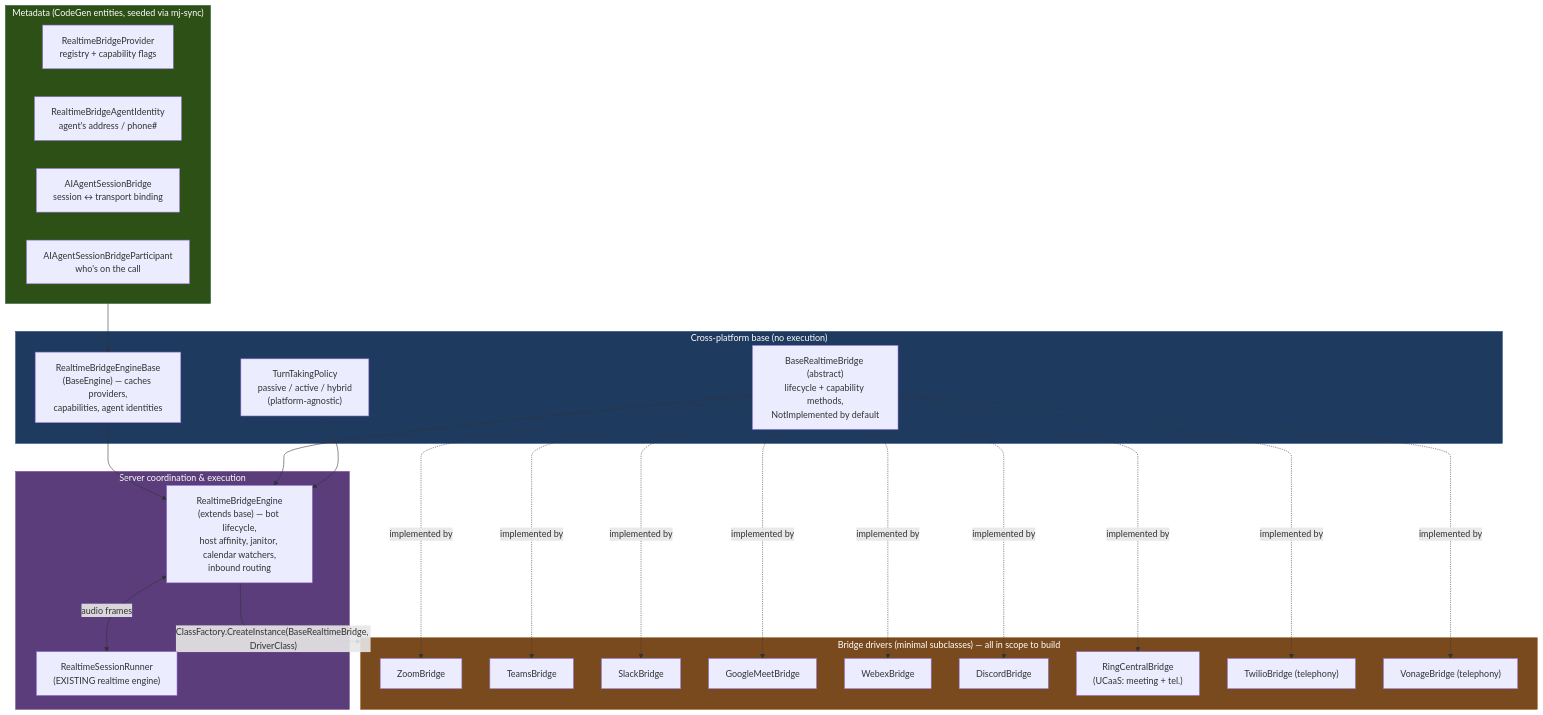
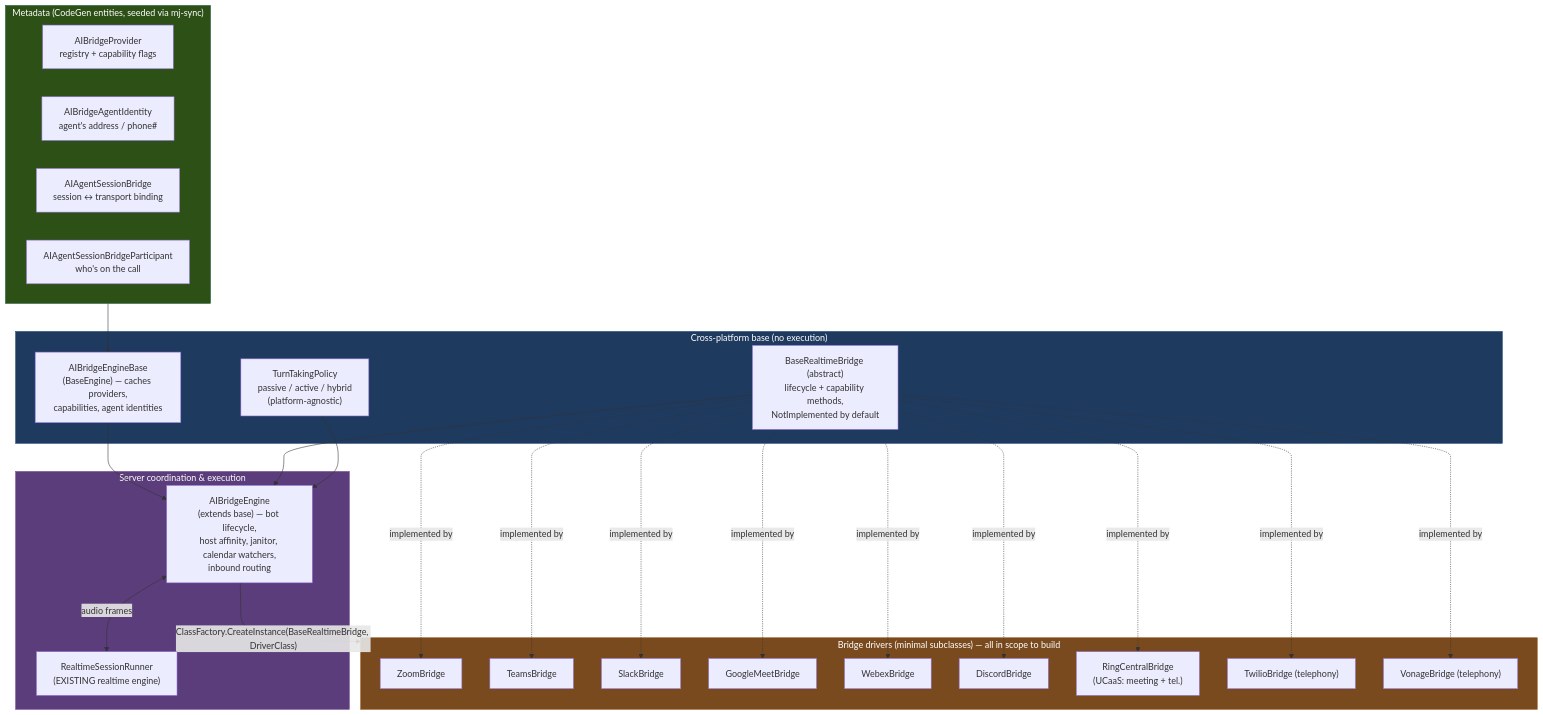
Before and after one commit to MemberJunction/MJ: the second of 11 diagrams in plans/realtime/realtime-bridges-architecture.md, drawn with Mermaid. The commit also changed other lines of this file and 1 other file, not shown here.

First line of the commit message:
refactor(realtime-bridges): table + engine names use the AI family prefix

````diff
--- a/plans/realtime/realtime-bridges-architecture.md
+++ b/plans/realtime/realtime-bridges-architecture.md
@@ -80,45 +80,45 @@
 ```mermaid
 graph TD
     subgraph Meta["Metadata (CodeGen entities, seeded via mj-sync)"]
-        P["RealtimeBridgeProvider<br/>registry + capability flags"]
-        ID["RealtimeBridgeAgentIdentity<br/>agent's address / phone#"]
+        P["AIBridgeProvider<br/>registry + capability flags"]
+        ID["AIBridgeAgentIdentity<br/>agent's address / phone#"]
         SB["AIAgentSessionBridge<br/>session ↔ transport binding"]
         PART["AIAgentSessionBridgeParticipant<br/>who's on the call"]
     end
 
     subgraph Base["Cross-platform base (no execution)"]
-        EB["RealtimeBridgeEngineBase<br/>(BaseEngine) — caches providers,<br/>capabilities, agent identities"]
+        EB["AIBridgeEngineBase<br/>(BaseEngine) — caches providers,<br/>capabilities, agent identities"]
         BBP["BaseRealtimeBridge (abstract)<br/>lifecycle + capability methods,<br/>NotImplemented by default"]
         TT["TurnTakingPolicy<br/>passive / active / hybrid<br/>(platform-agnostic)"]
     end
 
     subgraph Server["Server coordination & execution"]
-        ENG["RealtimeBridgeEngine<br/>(extends base) — bot lifecycle,<br/>host affinity, janitor, calendar watchers,<br/>inbound routing"]
+        ENG["AIBridgeEngine<br/>(extends base) — bot lifecycle,<br/>host affinity, janitor, calendar watchers,<br/>inbound routing"]
         RUN["RealtimeSessionRunner<br/>(EXISTING realtime engine)"]
     end
 
     subgraph Drivers["Bridge drivers (minimal subclasses) — all in scope to build"]
         ZOOM["ZoomBridge"]
         TEAMS["TeamsBridge"]
         SLACK["SlackBridge"]
         MEET["GoogleMeetBridge"]
         WEBEX["WebexBridge"]
         DISCORD["DiscordBridge"]
         RING["RingCentralBridge<br/>(UCaaS: meeting + tel.)"]
         TWILIO["TwilioBridge (telephony)"]
         VONAGE["VonageBridge (telephony)"]
     end
 
     Meta --> EB
     EB --> ENG
     BBP --> ENG
     TT --> ENG
     ENG <-->|"audio frames"| RUN
     BBP -.implemented by.-> ZOOM & TEAMS & SLACK & MEET & WEBEX & DISCORD & RING & TWILIO & VONAGE
     ENG -->|"ClassFactory.CreateInstance(BaseRealtimeBridge, DriverClass)"| Drivers
 
     style Meta fill:#2d5016,stroke:#1a5c3a,color:#fff
     style Base fill:#1f3a5f,stroke:#264f7a,color:#fff
     style Server fill:#5a3d7a,stroke:#7c5295,color:#fff
     style Drivers fill:#7a4a1f,stroke:#a0632a,color:#fff
 ```
````
